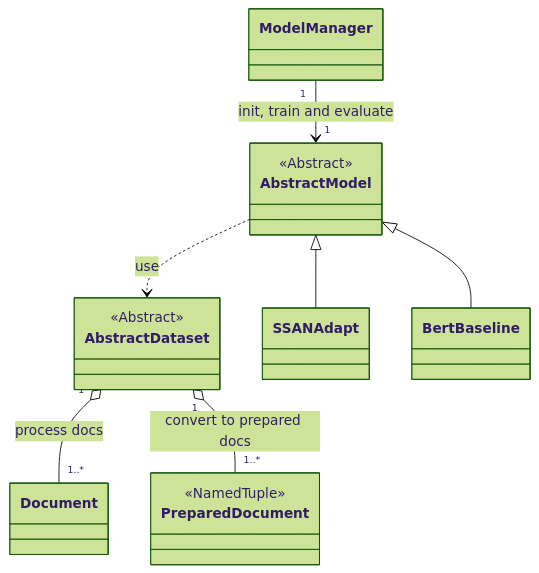
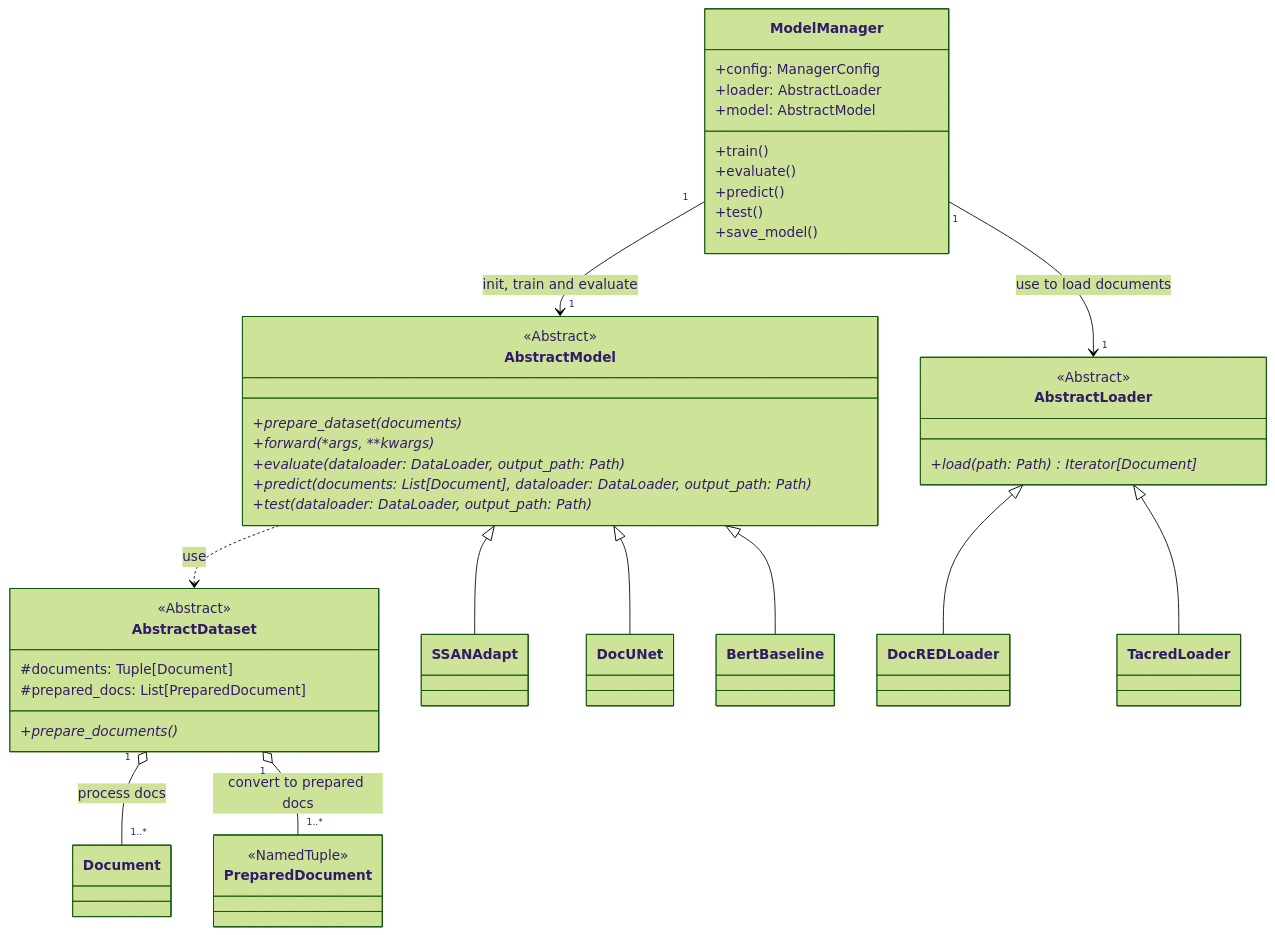
Before and after one commit to phos-phophy/creed: the second of 3 diagrams in README.md, drawn with Mermaid (forest theme). The commit also changed other lines of this file, not shown here.

````diff
--- a/README.md
+++ b/README.md
@@ -109,23 +111,52 @@
 ```mermaid
 classDiagram
 directionTB
     ModelManager "1" --> "1" AbstractModel : init, train and evaluate
+    ModelManager "1" --> "1" AbstractLoader : use to load documents
     AbstractModel ..> AbstractDataset : use
     AbstractDataset "1" o-- "1..*" Document : process docs
     AbstractDataset "1" o-- "1..*" PreparedDocument : convert to prepared docs
     
     AbstractModel <|-- SSANAdapt
+    AbstractModel <|-- DocUNet
     AbstractModel <|-- BertBaseline
+    
+    AbstractLoader <|-- DocREDLoader
+    AbstractLoader <|-- TacredLoader
+    
+    class ModelManager{
+        +config: ManagerConfig
+        +loader: AbstractLoader
+        +model: AbstractModel
+        +train()
+        +evaluate()
+        +predict()
+        +test()
+        +save_model()
+    }
+    
+    class AbstractLoader{
+        <<Abstract>>
+        +load(path: Path)* Iterator[Document]
+    }
     
     class AbstractModel{
         <<Abstract>>
+        +prepare_dataset(documents)*
+        +forward(*args, **kwargs)*
+        +evaluate(dataloader: DataLoader, output_path: Path)*
+        +predict(documents: List[Document], dataloader: DataLoader, output_path: Path)*
+        +test(dataloader: DataLoader, output_path: Path)*
     }
     
     class AbstractDataset{
         <<Abstract>>
+        #documents: Tuple[Document]
+        #prepared_docs: List[PreparedDocument]
+        +prepare_documents()*
     }
     
     class PreparedDocument{
         <<NamedTuple>>
     }
 ```
````
